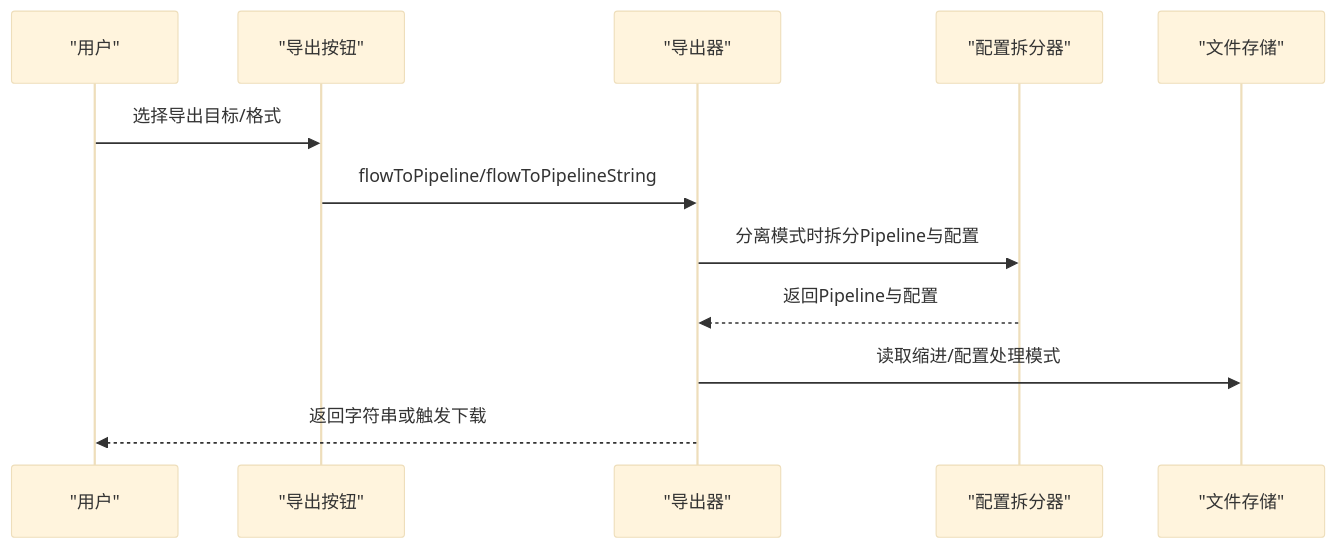
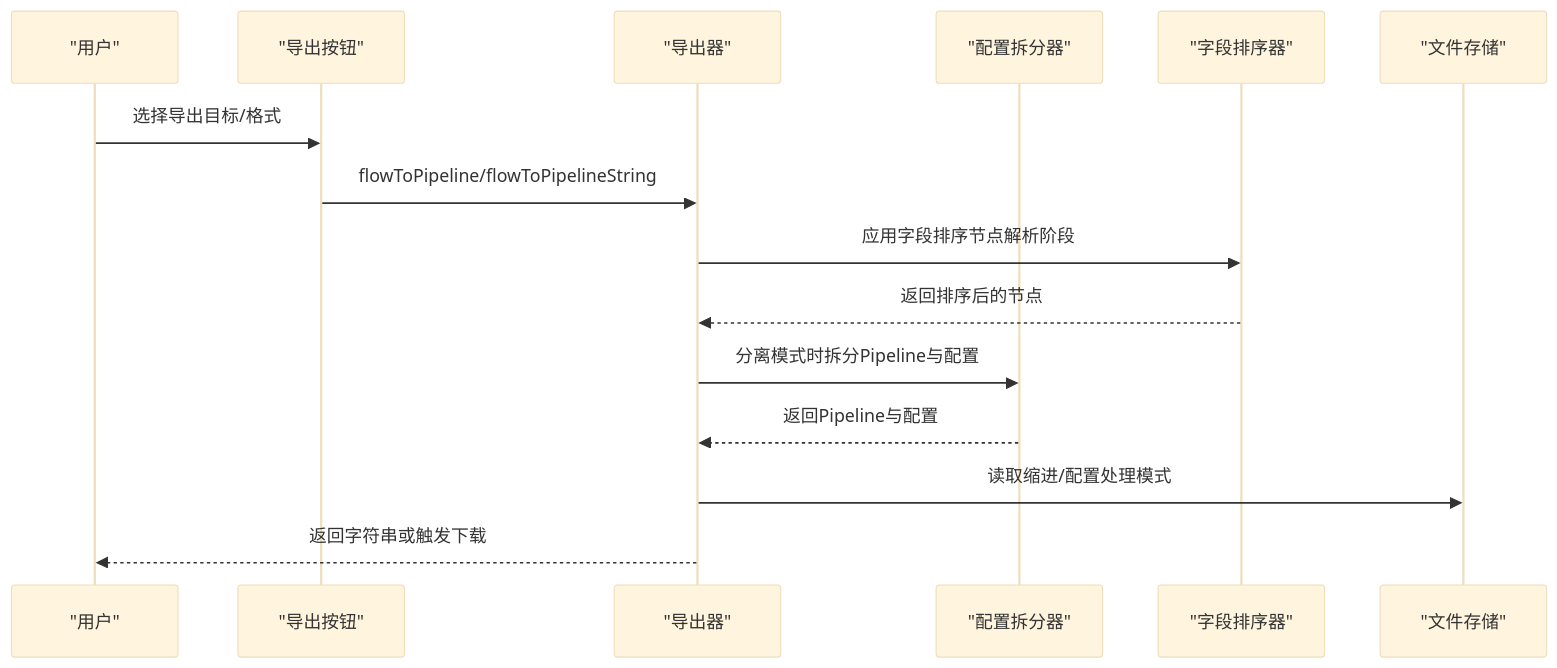
The fourth of 9 diagrams in .qoder/repowiki/zh/content/导入导出系统/导入导出系统.md (kqcoxn/MaaPipelineEditor), drawn with Mermaid (base theme) before and after one commit. The commit also changed other lines of this file and 22 other files, not shown here.

````diff
--- a/.qoder/repowiki/zh/content/导入导出系统/导入导出系统.md
+++ b/.qoder/repowiki/zh/content/导入导出系统/导入导出系统.md
@@ -213,14 +250,17 @@
 ```mermaid
 sequenceDiagram
 participant User as "用户"
 participant ExportBtn as "导出按钮"
 participant Exporter as "导出器"
 participant Split as "配置拆分器"
+participant Sorter as "字段排序器"
 participant Store as "文件存储"
 User->>ExportBtn : 选择导出目标/格式
 ExportBtn->>Exporter : flowToPipeline/flowToPipelineString
+Exporter->>Sorter : 应用字段排序节点解析阶段
+Sorter-->>Exporter : 返回排序后的节点
 Exporter->>Split : 分离模式时拆分Pipeline与配置
 Split-->>Exporter : 返回Pipeline与配置
 Exporter->>Store : 读取缩进/配置处理模式
 Exporter-->>User : 返回字符串或触发下载
 ```
````
